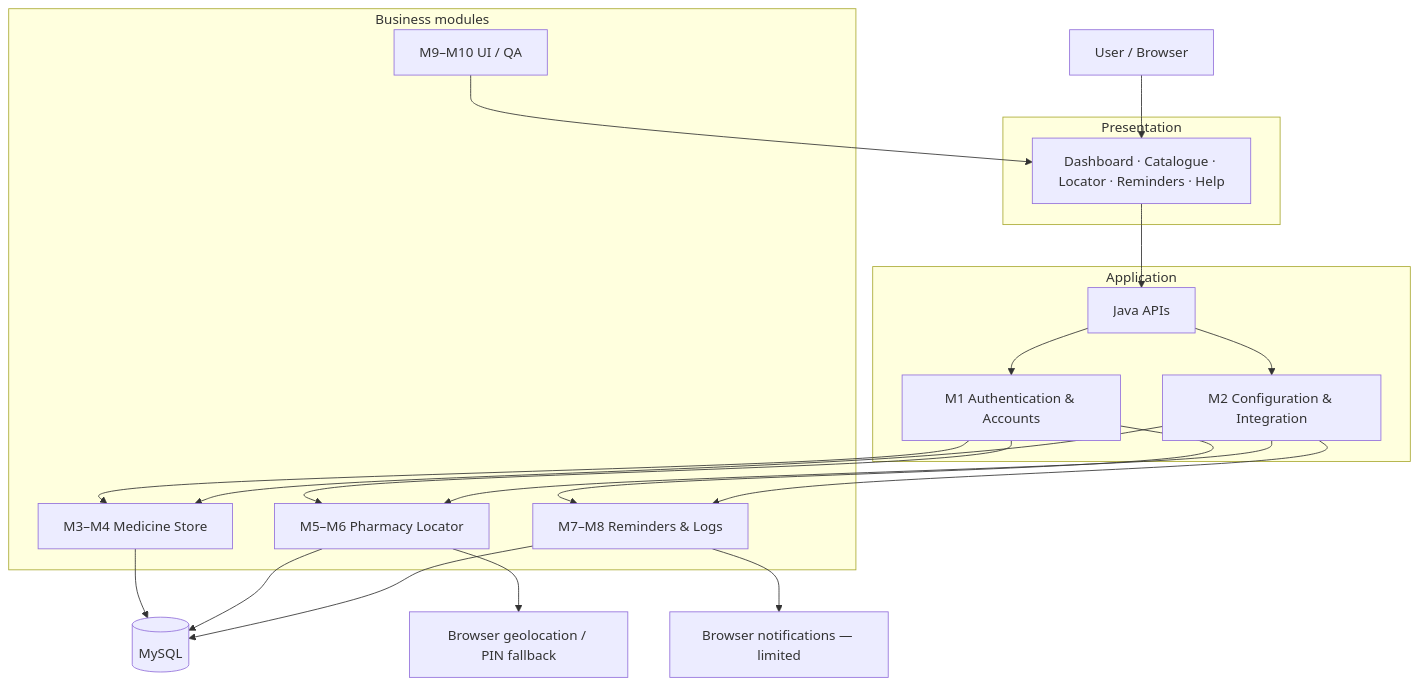
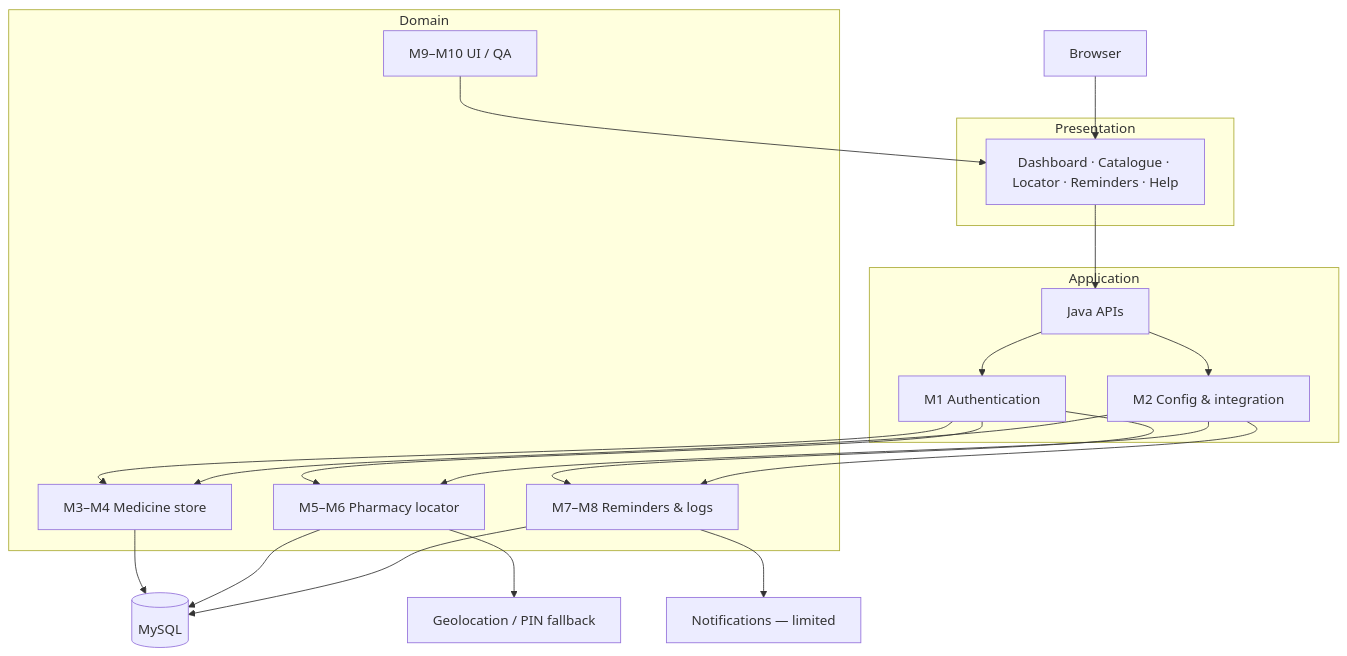
The second of 5 diagrams in README.md (ratnsharma21/MediFinder), drawn with Mermaid before and after one commit. The commit also changed other lines of this file, not shown here.

````diff
--- a/README.md
+++ b/README.md
@@ -213,42 +290,41 @@
 ```mermaid
 flowchart TB
-  U["User / Browser"]
+  U["Browser"]
 
   subgraph P["Presentation"]
     UI["Dashboard · Catalogue · Locator · Reminders · Help"]
   end
 
   subgraph A["Application"]
     API["Java APIs"]
-    AUTH["M1 Authentication & Accounts"]
-    CFG["M2 Configuration & Integration"]
+    AUTH["M1 Authentication"]
+    CFG["M2 Config & integration"]
   end
 
-  subgraph B["Business modules"]
-    CAT["M3–M4 Medicine Store"]
-    LOC["M5–M6 Pharmacy Locator"]
-    REM["M7–M8 Reminders & Logs"]
-    UX["M9–M10 UI / QA"]
+  subgraph B["Domain"]
+    CAT["M3–M4 Medicine store"]
+    LOC["M5–M6 Pharmacy locator"]
+    REM["M7–M8 Reminders & logs"]
+    SHELL["M9–M10 UI / QA"]
   end
 
   DB[("MySQL")]
-  GEO["Browser geolocation / PIN fallback"]
-  NTF["Browser notifications — limited"]
+  GEO["Geolocation / PIN fallback"]
+  NTF["Notifications — limited"]
 
-  U --> UI
-  UI --> API
+  U --> UI --> API
   API --> AUTH
   API --> CFG
   AUTH --> CAT
   AUTH --> LOC
   AUTH --> REM
   CFG --> CAT
   CFG --> LOC
   CFG --> REM
   CAT --> DB
   LOC --> DB
   REM --> DB
   LOC --> GEO
   REM --> NTF
-  UX --> UI
+  SHELL --> UI
 ```
````
